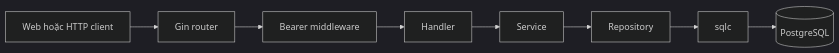
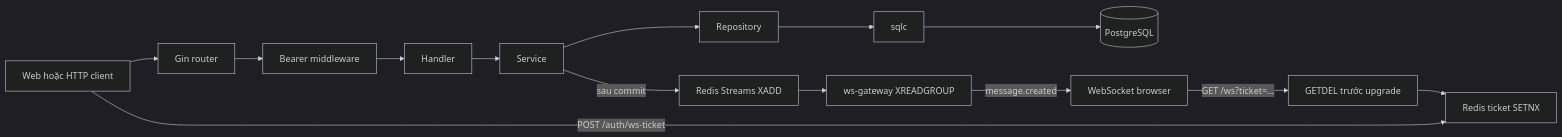
The diagram in docs/request-flow.md (daoquocdai/chat-api), drawn with Mermaid (dark theme) before and after one commit. The commit also changed other lines of this file and 1 other file, not shown here.

````diff
--- a/docs/request-flow.md
+++ b/docs/request-flow.md
@@ -12,10 +14,16 @@
 ```mermaid
 flowchart LR
     C[Web hoặc HTTP client] --> R[Gin router]
     R --> M[Bearer middleware]
     M --> H[Handler]
     H --> S[Service]
     S --> P[Repository]
     P --> Q[sqlc]
     Q --> DB[(PostgreSQL)]
+    S -->|sau commit| X[Redis Streams XADD]
+    X --> G[ws-gateway XREADGROUP]
+    G -->|message.created| W[WebSocket browser]
+    C -->|POST /auth/ws-ticket| T[Redis ticket SETNX]
+    W -->|GET /ws?ticket=...| U[GETDEL trước upgrade]
+    U --> T
 ```
````
